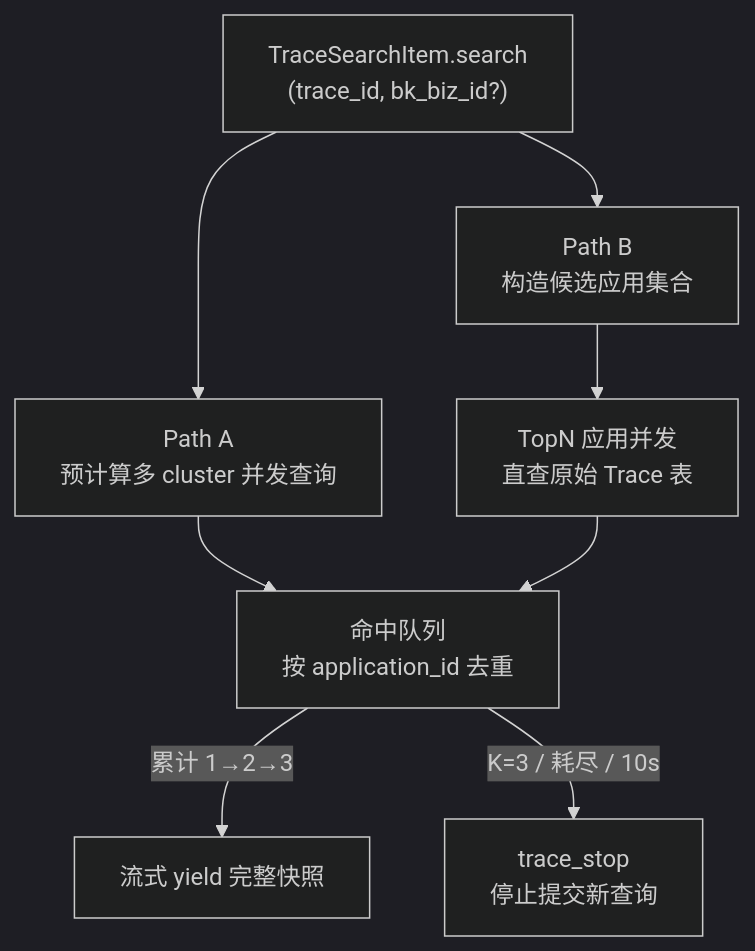
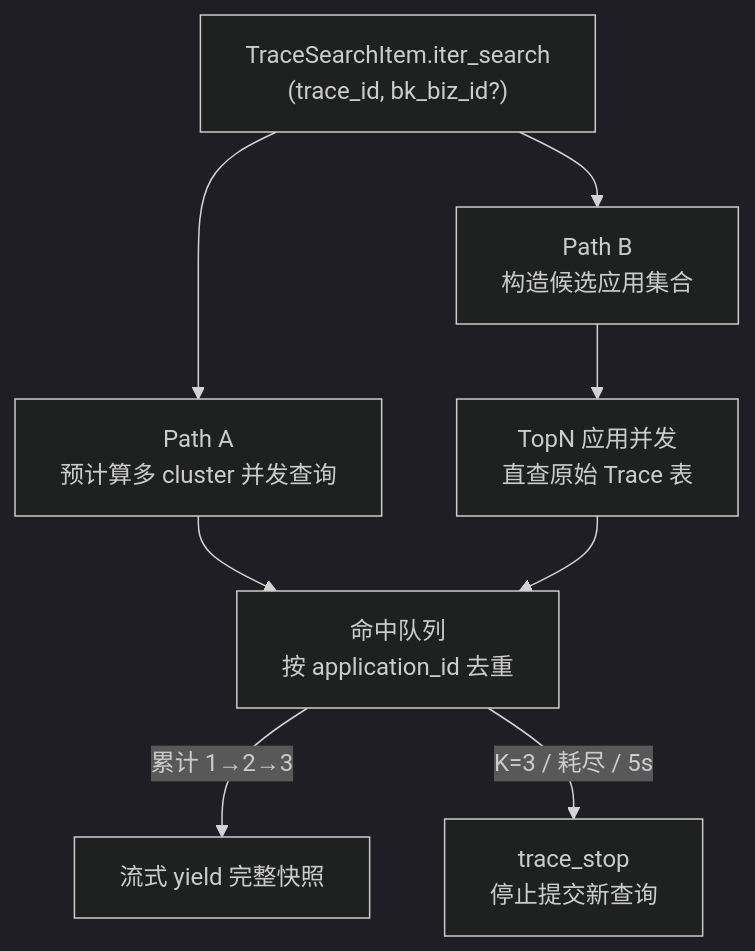
One commit to ZhuoZhuoCrayon/ai-workspace changed the first of 2 diagrams in knowledge/bkmonitor/issues/2026-05-02-overview-trace-id-low-latency-search/PLAN.md. Above: the diagram before and after it, drawn with Mermaid (dark theme). The commit also changed other lines of this file and 2 other files, not shown here.

Commit message:
docs(knowledge): align trace search timeout with streaming

````diff
--- a/knowledge/bkmonitor/issues/2026-05-02-overview-trace-id-low-latency-search/PLAN.md
+++ b/knowledge/bkmonitor/issues/2026-05-02-overview-trace-id-low-latency-search/PLAN.md
@@ -51,10 +51,10 @@
 ```mermaid
 flowchart TD
-    Q["TraceSearchItem.search<br/>(trace_id, bk_biz_id?)"] --> P["Path A<br/>预计算多 cluster 并发查询"]
+    Q["TraceSearchItem.iter_search<br/>(trace_id, bk_biz_id?)"] --> P["Path A<br/>预计算多 cluster 并发查询"]
     Q --> R["Path B<br/>构造候选应用集合"]
     R --> S["TopN 应用并发<br/>直查原始 Trace 表"]
     P --> M["命中队列<br/>按 application_id 去重"]
     S --> M
     M -- "累计 1→2→3" --> O["流式 yield 完整快照"]
-    M -- "K=3 / 耗尽 / 10s" --> X["trace_stop<br/>停止提交新查询"]
+    M -- "K=3 / 耗尽 / 5s" --> X["trace_stop<br/>停止提交新查询"]
 ```
````
